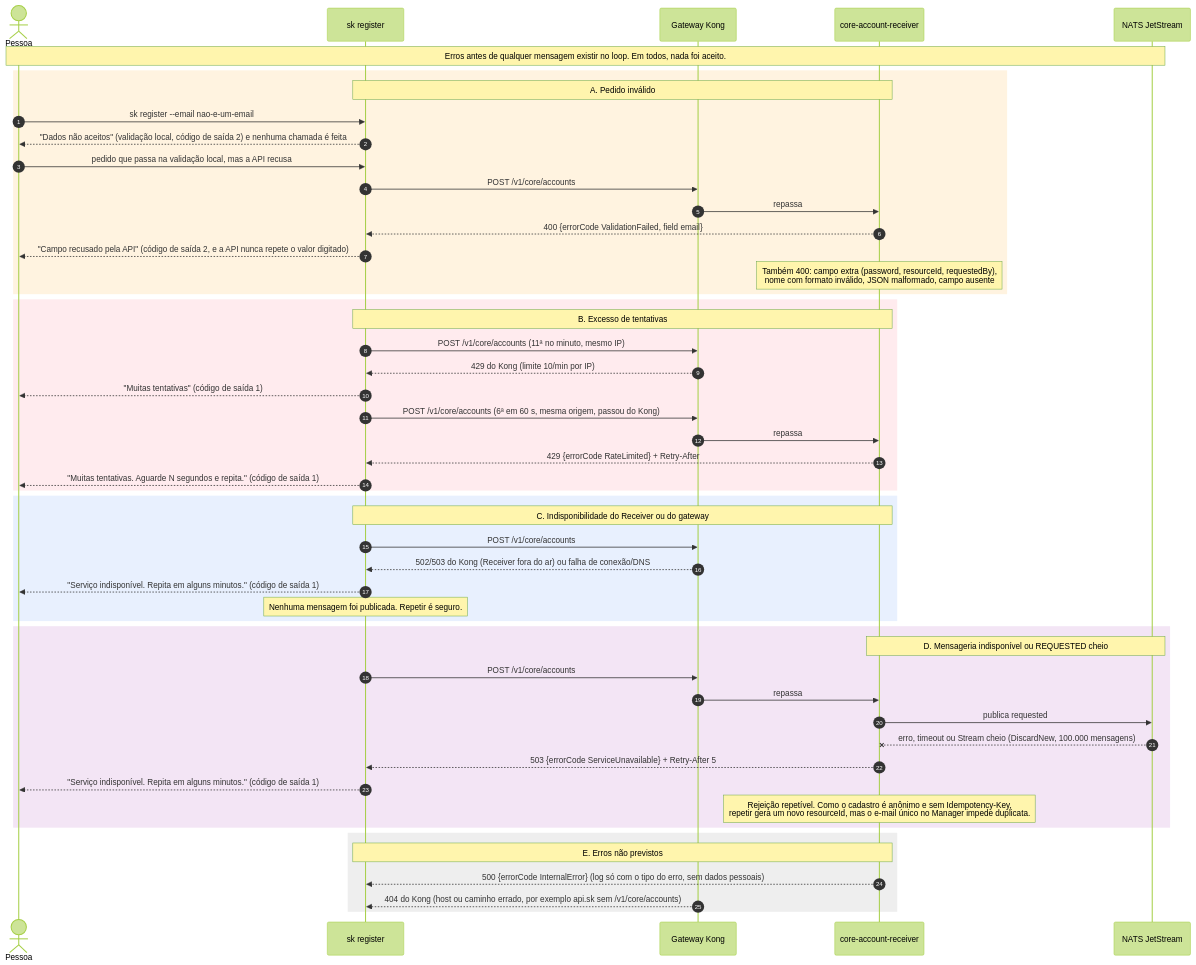
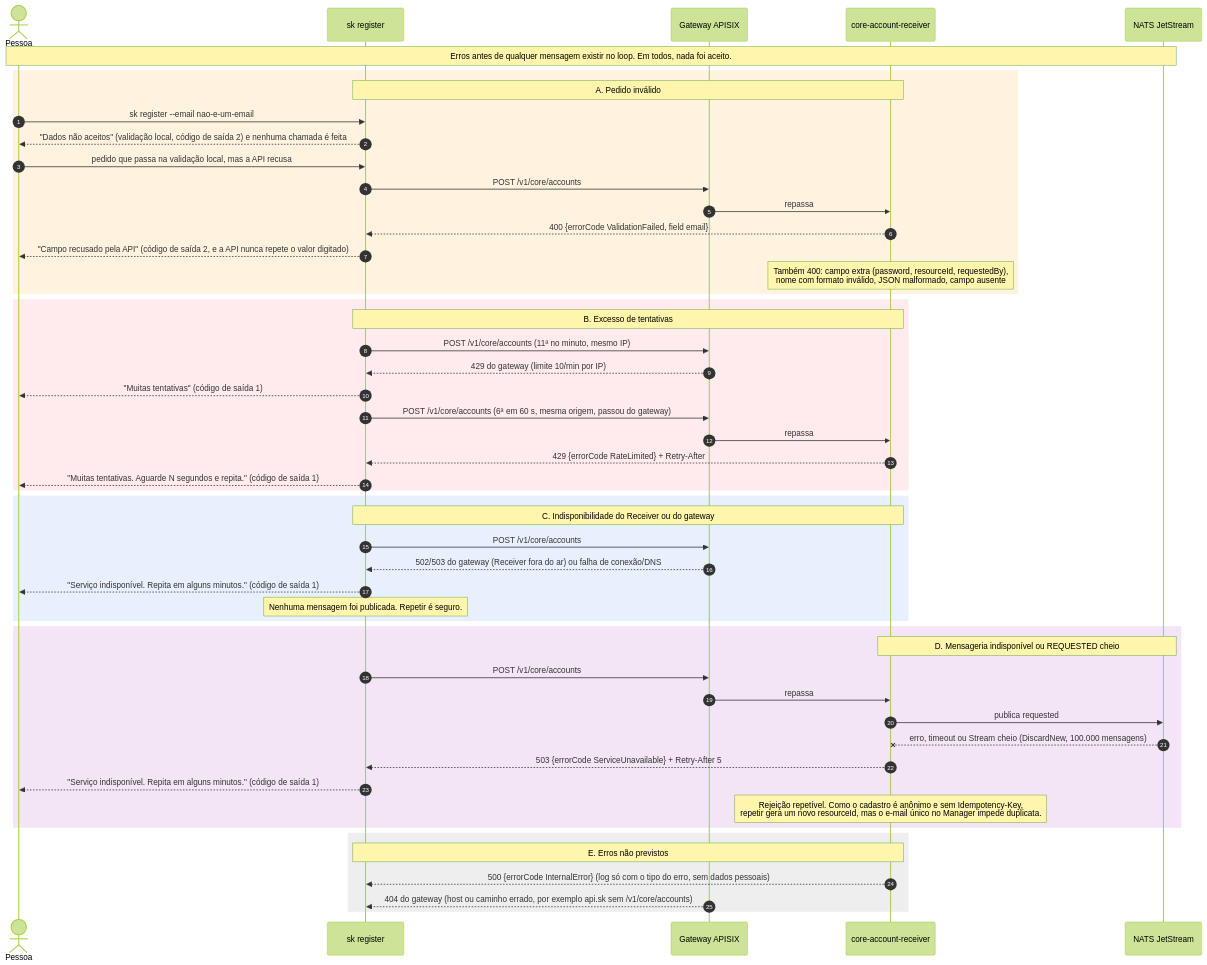
The diagram in features/core/account/docs/flow/02-validacao-e-borda.mmd (danielsabatini/smarkee), drawn with Mermaid (forest theme) before and after one commit. The commit also changed 41 other files, not shown here.

```diff
--- a/features/core/account/docs/flow/02-validacao-e-borda.mmd
+++ b/features/core/account/docs/flow/02-validacao-e-borda.mmd
@@ -1,57 +1,57 @@
 sequenceDiagram
     autonumber
     actor U as Pessoa
     participant CLI as sk register
-    participant GW as Gateway Kong
+    participant GW as Gateway APISIX
     participant Receiver as core-account-receiver
     participant N as NATS JetStream
 
     Note over U,N: Erros antes de qualquer mensagem existir no loop. Em todos, nada foi aceito.
 
     rect rgb(255,243,224)
     Note over CLI,Receiver: A. Pedido inválido
     U->>CLI: sk register --email nao-e-um-email
     CLI-->>U: "Dados não aceitos" (validação local, código de saída 2) e nenhuma chamada é feita
     U->>CLI: pedido que passa na validação local, mas a API recusa
     CLI->>GW: POST /v1/core/accounts
     GW->>Receiver: repassa
     Receiver-->>CLI: 400 {errorCode ValidationFailed, field email}
     CLI-->>U: "Campo recusado pela API" (código de saída 2, e a API nunca repete o valor digitado)
     Note over Receiver: Também 400: campo extra (password, resourceId, requestedBy),<br/>nome com formato inválido, JSON malformado, campo ausente
     end
 
     rect rgb(255,235,238)
     Note over CLI,Receiver: B. Excesso de tentativas
     CLI->>GW: POST /v1/core/accounts (11ª no minuto, mesmo IP)
-    GW-->>CLI: 429 do Kong (limite 10/min por IP)
+    GW-->>CLI: 429 do gateway (limite 10/min por IP)
     CLI-->>U: "Muitas tentativas" (código de saída 1)
-    CLI->>GW: POST /v1/core/accounts (6ª em 60 s, mesma origem, passou do Kong)
+    CLI->>GW: POST /v1/core/accounts (6ª em 60 s, mesma origem, passou do gateway)
     GW->>Receiver: repassa
     Receiver-->>CLI: 429 {errorCode RateLimited} + Retry-After
     CLI-->>U: "Muitas tentativas. Aguarde N segundos e repita." (código de saída 1)
     end
 
     rect rgb(232,240,254)
     Note over CLI,Receiver: C. Indisponibilidade do Receiver ou do gateway
     CLI->>GW: POST /v1/core/accounts
-    GW-->>CLI: 502/503 do Kong (Receiver fora do ar) ou falha de conexão/DNS
+    GW-->>CLI: 502/503 do gateway (Receiver fora do ar) ou falha de conexão/DNS
     CLI-->>U: "Serviço indisponível. Repita em alguns minutos." (código de saída 1)
     Note over CLI: Nenhuma mensagem foi publicada. Repetir é seguro.
     end
 
     rect rgb(243,229,245)
     Note over Receiver,N: D. Mensageria indisponível ou REQUESTED cheio
     CLI->>GW: POST /v1/core/accounts
     GW->>Receiver: repassa
     Receiver->>N: publica requested
     N--xReceiver: erro, timeout ou Stream cheio (DiscardNew, 100.000 mensagens)
     Receiver-->>CLI: 503 {errorCode ServiceUnavailable} + Retry-After 5
     CLI-->>U: "Serviço indisponível. Repita em alguns minutos." (código de saída 1)
     Note over Receiver: Rejeição repetível. Como o cadastro é anônimo e sem Idempotency-Key,<br/>repetir gera um novo resourceId, mas o e-mail único no Manager impede duplicata.
     end
 
     rect rgb(238,238,238)
     Note over CLI,Receiver: E. Erros não previstos
     Receiver-->>CLI: 500 {errorCode InternalError} (log só com o tipo do erro, sem dados pessoais)
-    GW-->>CLI: 404 do Kong (host ou caminho errado, por exemplo api.sk sem /v1/core/accounts)
+    GW-->>CLI: 404 do gateway (host ou caminho errado, por exemplo api.sk sem /v1/core/accounts)
     end
```
